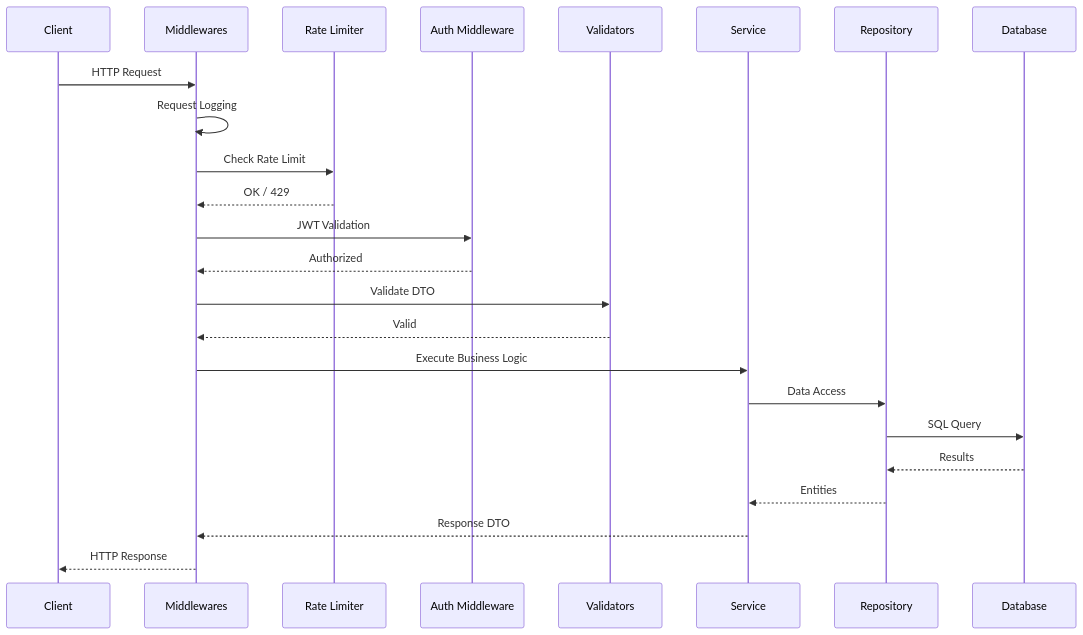
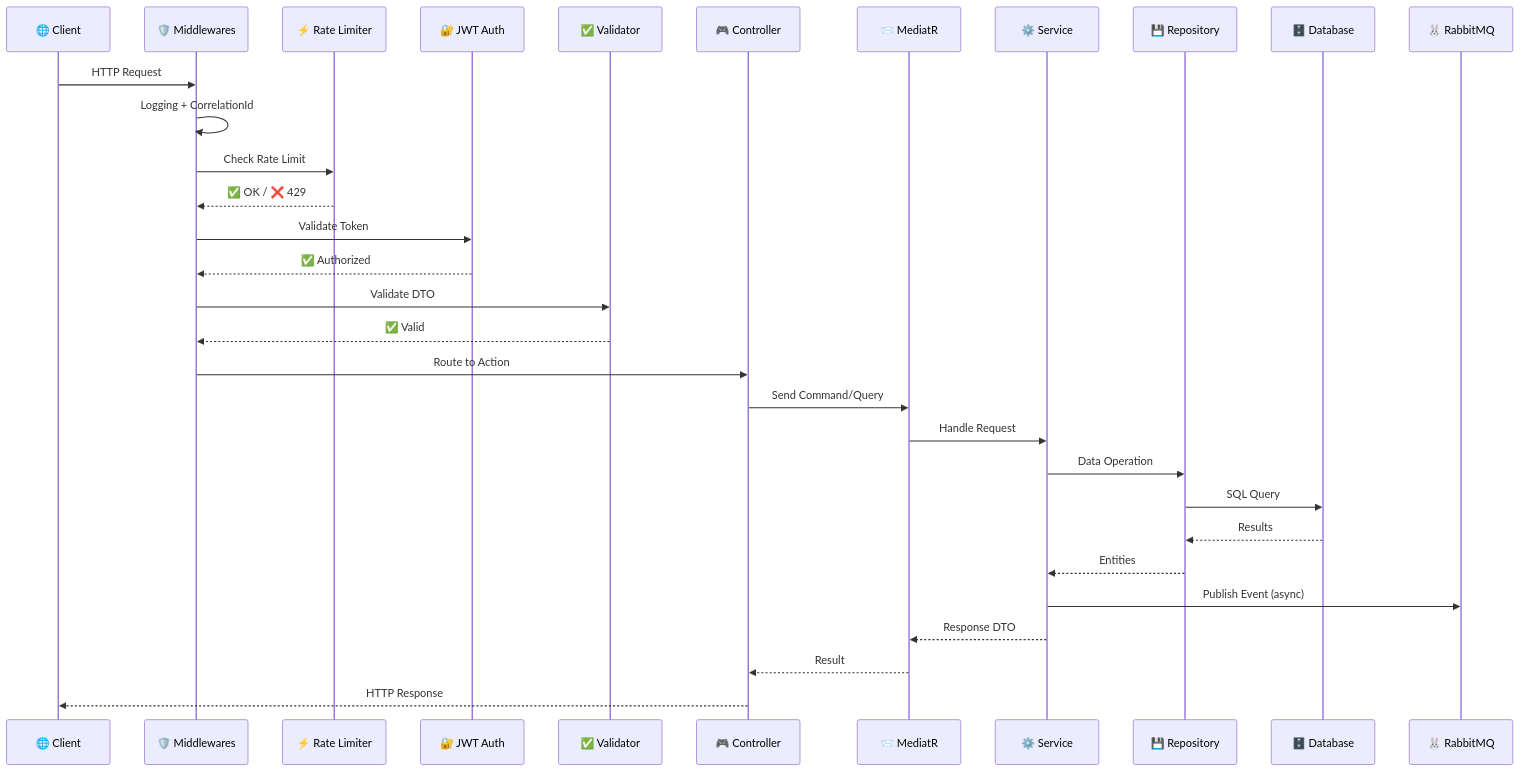
One commit to argenisdev692/curso-copilot changed the third of 10 diagrams in TicketManagementSystem/backend/README.md. Above: the diagram before and after it, drawn with Mermaid. The commit also changed other lines of this file and 128 other files, not shown here.

````diff
--- a/TicketManagementSystem/backend/README.md
+++ b/TicketManagementSystem/backend/README.md
@@ -81,27 +133,34 @@
 ```mermaid
 sequenceDiagram
-    participant C as Client
-    participant M as Middlewares
-    participant R as Rate Limiter
-    participant A as Auth Middleware
-    participant V as Validators
-    participant S as Service
-    participant Repo as Repository
-    participant DB as Database
+    participant C as 🌐 Client
+    participant MW as 🛡️ Middlewares
+    participant RL as ⚡ Rate Limiter
+    participant JWT as 🔐 JWT Auth
+    participant VAL as ✅ Validator
+    participant CTRL as 🎮 Controller
+    participant MED as 📨 MediatR
+    participant SVC as ⚙️ Service
+    participant REPO as 💾 Repository
+    participant DB as 🗄️ Database
+    participant MQ as 🐰 RabbitMQ
 
-    C->>M: HTTP Request
-    M->>M: Request Logging
-    M->>R: Check Rate Limit
-    R-->>M: OK / 429
-    M->>A: JWT Validation
-    A-->>M: Authorized
-    M->>V: Validate DTO
-    V-->>M: Valid
-    M->>S: Execute Business Logic
-    S->>Repo: Data Access
-    Repo->>DB: SQL Query
-    DB-->>Repo: Results
-    Repo-->>S: Entities
-    S-->>M: Response DTO
-    M-->>C: HTTP Response
+    C->>MW: HTTP Request
+    MW->>MW: Logging + CorrelationId
+    MW->>RL: Check Rate Limit
+    RL-->>MW: ✅ OK / ❌ 429
+    MW->>JWT: Validate Token
+    JWT-->>MW: ✅ Authorized
+    MW->>VAL: Validate DTO
+    VAL-->>MW: ✅ Valid
+    MW->>CTRL: Route to Action
+    CTRL->>MED: Send Command/Query
+    MED->>SVC: Handle Request
+    SVC->>REPO: Data Operation
+    REPO->>DB: SQL Query
+    DB-->>REPO: Results
+    REPO-->>SVC: Entities
+    SVC->>MQ: Publish Event (async)
+    SVC-->>MED: Response DTO
+    MED-->>CTRL: Result
+    CTRL-->>C: HTTP Response
 ```
````
